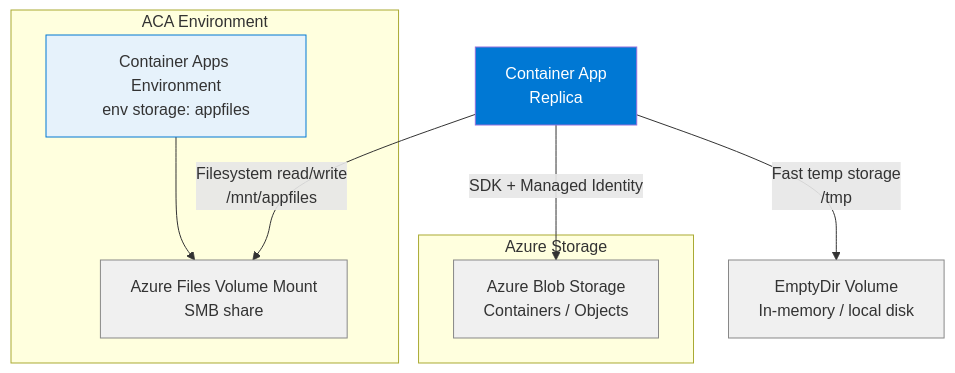
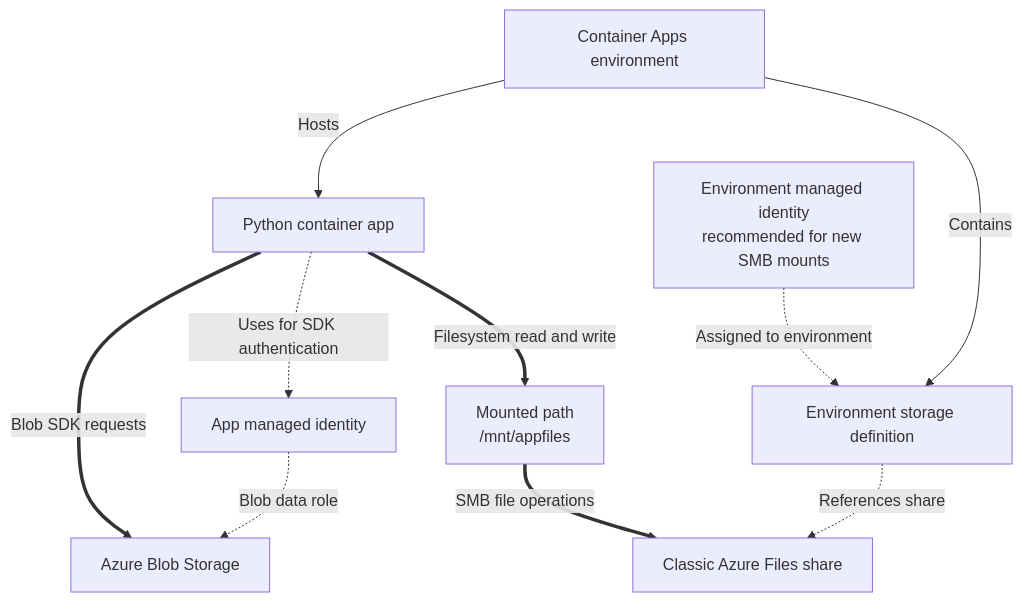
One commit to yeongseon/azure-container-apps-practical-guide changed the first of 2 diagrams in docs/language-guides/python/recipes/storage.md. Above: the diagram before and after it, drawn with Mermaid. The commit also changed other lines of this file and 18 other files, not shown here.

Commit message:
docs(diagrams): migrate Python recipe diagrams (#620)

````diff
--- a/docs/language-guides/python/recipes/storage.md
+++ b/docs/language-guides/python/recipes/storage.md
@@ -43,22 +26,25 @@
 ```mermaid
-graph TD
-    CA[Container App<br/>Replica] -->|SDK + Managed Identity| BLOB[Azure Blob Storage<br/>Containers / Objects]
-    CA -->|Filesystem read/write<br/>/mnt/appfiles| MOUNT[Azure Files Volume Mount<br/>SMB share]
-    CA -->|Fast temp storage<br/>/tmp| EMPTY[EmptyDir Volume<br/>In-memory / local disk]
+flowchart TD
+    accTitle: Choose persistent object or file storage for a Python app
+    accDescr: The Python app can use its managed identity with the Blob SDK for object storage, or mount a classic Azure Files share through an environment storage definition for shared filesystem access.
 
-    subgraph ACA Environment
-        ENV[Container Apps Environment<br/>env storage: appfiles]
-        ENV --> MOUNT
-    end
+    APP_ID[App managed identity]
+    ENV_ID[Environment managed identity<br/>recommended for new SMB mounts]
+    BLOB[Azure Blob Storage]
+    FILES[Classic Azure Files share]
 
-    subgraph Azure Storage
-        BLOB
-        MOUNT
-    end
+    ENV[Container Apps environment]
+    APP[Python container app]
+    STORAGE[Environment storage definition]
+    MOUNT[Mounted path<br/>/mnt/appfiles]
 
-    style CA fill:#0078d4,color:#fff
-    style ENV fill:#e6f2fb,stroke:#0078d4
-    style BLOB fill:#f0f0f0,stroke:#888
-    style MOUNT fill:#f0f0f0,stroke:#888
-    style EMPTY fill:#f0f0f0,stroke:#888
+    ENV -->|Hosts| APP
+    ENV -->|Contains| STORAGE
+    APP -.->|Uses for SDK authentication| APP_ID
+    APP_ID -.->|Blob data role| BLOB
+    APP ==>|Blob SDK requests| BLOB
+    ENV_ID -.->|Assigned to environment| STORAGE
+    STORAGE -.->|References share| FILES
+    APP ==>|Filesystem read and write| MOUNT
+    MOUNT ==>|SMB file operations| FILES
 ```
````
